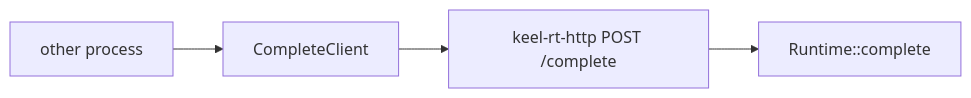
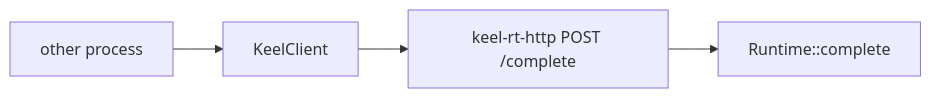
The second of 5 diagrams in docs/ARCHITECTURE.md (nessalabs/keel-rt), drawn with Mermaid before and after one commit. The commit also changed other lines of this file and 9 other files, not shown here.

First line of the commit message:
refactor: rename CompleteClient to KeelClient

````diff
--- a/docs/ARCHITECTURE.md
+++ b/docs/ARCHITECTURE.md
@@ -107,8 +107,8 @@
 ```mermaid
 flowchart LR
   other[other process]
-  client[CompleteClient]
+  client[KeelClient]
   httpPost["keel-rt-http POST /complete"]
   rt["Runtime::complete"]
   other --> client --> httpPost --> rt
 ```
````
